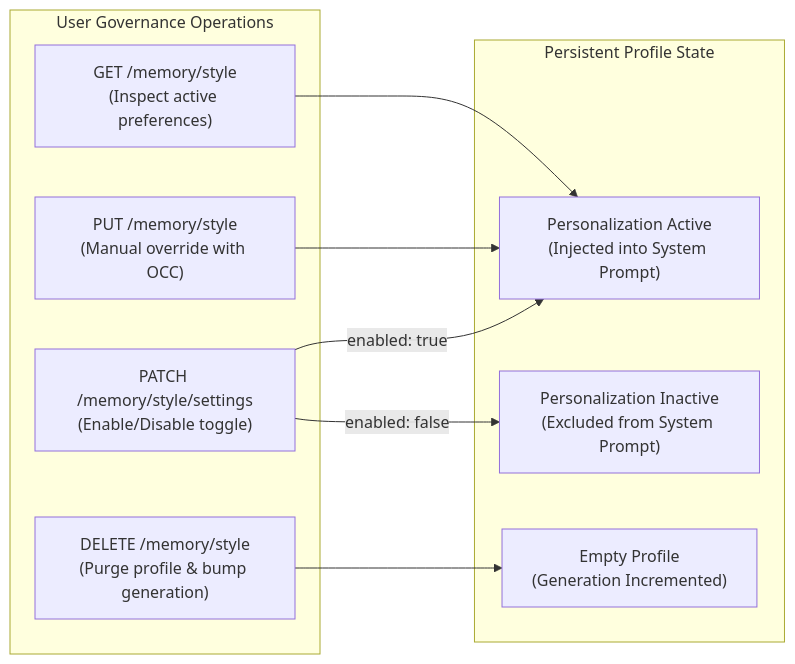
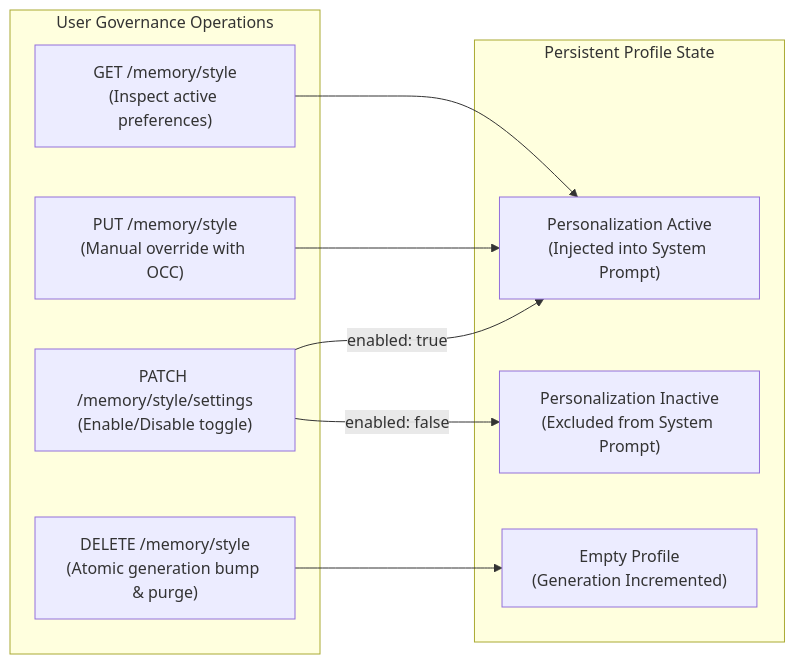
The fourth of 4 diagrams in docs/05-memory-lifecycle.md (Bryan1805a/MIRA), drawn with Mermaid before and after one commit. The commit also changed other lines of this file, not shown here.

Commit message:
docs(memory): add memory deletion race protection and durable generation control

````diff
--- a/docs/05-memory-lifecycle.md
+++ b/docs/05-memory-lifecycle.md
@@ -164,21 +216,21 @@
 ```mermaid
 flowchart LR
     subgraph GovernanceActions ["User Governance Operations"]
         View["GET /memory/style\n(Inspect active preferences)"]
         Edit["PUT /memory/style\n(Manual override with OCC)"]
         Toggle["PATCH /memory/style/settings\n(Enable/Disable toggle)"]
-        Purge["DELETE /memory/style\n(Purge profile & bump generation)"]
+        Purge["DELETE /memory/style\n(Atomic generation bump & purge)"]
     end
 
     subgraph ProfileState ["Persistent Profile State"]
         EnabledState["Personalization Active\n(Injected into System Prompt)"]
         DisabledState["Personalization Inactive\n(Excluded from System Prompt)"]
         PurgedState["Empty Profile\n(Generation Incremented)"]
     end
 
     View --> EnabledState
     Edit --> EnabledState
     Toggle -->|enabled: false| DisabledState
     Toggle -->|enabled: true| EnabledState
     Purge --> PurgedState
 ```
````
